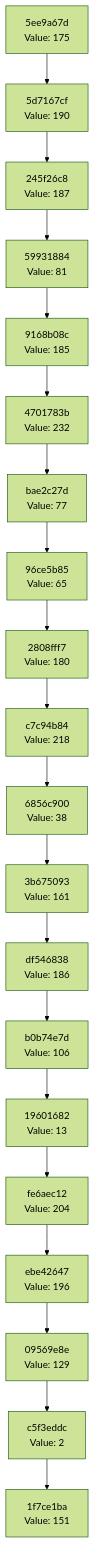
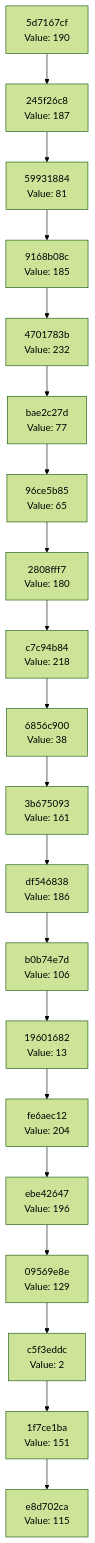
Before and after one commit to Abhisheksinha1506/hash-chain-evolver: the diagram in docs/CHAIN_VISUALIZATION.md, drawn with Mermaid (forest theme). The commit also changed 2 other files, not shown here.

Commit message:
Evolution Step

````diff
--- a/docs/CHAIN_VISUALIZATION.md
+++ b/docs/CHAIN_VISUALIZATION.md
@@ -3,42 +3,42 @@
 ```mermaid
 graph TD
-    C0["1f7ce1ba<br/>Value: 151"]
-    C1["c5f3eddc<br/>Value: 2"]
+    C0["e8d702ca<br/>Value: 115"]
+    C1["1f7ce1ba<br/>Value: 151"]
     C1 --> C0
-    C2["09569e8e<br/>Value: 129"]
+    C2["c5f3eddc<br/>Value: 2"]
     C2 --> C1
-    C3["ebe42647<br/>Value: 196"]
+    C3["09569e8e<br/>Value: 129"]
     C3 --> C2
-    C4["fe6aec12<br/>Value: 204"]
+    C4["ebe42647<br/>Value: 196"]
     C4 --> C3
-    C5["19601682<br/>Value: 13"]
+    C5["fe6aec12<br/>Value: 204"]
     C5 --> C4
-    C6["b0b74e7d<br/>Value: 106"]
+    C6["19601682<br/>Value: 13"]
     C6 --> C5
-    C7["df546838<br/>Value: 186"]
+    C7["b0b74e7d<br/>Value: 106"]
     C7 --> C6
-    C8["3b675093<br/>Value: 161"]
+    C8["df546838<br/>Value: 186"]
     C8 --> C7
-    C9["6856c900<br/>Value: 38"]
+    C9["3b675093<br/>Value: 161"]
     C9 --> C8
-    C10["c7c94b84<br/>Value: 218"]
+    C10["6856c900<br/>Value: 38"]
     C10 --> C9
-    C11["2808fff7<br/>Value: 180"]
+    C11["c7c94b84<br/>Value: 218"]
     C11 --> C10
-    C12["96ce5b85<br/>Value: 65"]
+    C12["2808fff7<br/>Value: 180"]
     C12 --> C11
-    C13["bae2c27d<br/>Value: 77"]
+    C13["96ce5b85<br/>Value: 65"]
     C13 --> C12
-    C14["4701783b<br/>Value: 232"]
+    C14["bae2c27d<br/>Value: 77"]
     C14 --> C13
-    C15["9168b08c<br/>Value: 185"]
+    C15["4701783b<br/>Value: 232"]
     C15 --> C14
-    C16["59931884<br/>Value: 81"]
+    C16["9168b08c<br/>Value: 185"]
     C16 --> C15
-    C17["245f26c8<br/>Value: 187"]
+    C17["59931884<br/>Value: 81"]
     C17 --> C16
-    C18["5d7167cf<br/>Value: 190"]
+    C18["245f26c8<br/>Value: 187"]
     C18 --> C17
-    C19["5ee9a67d<br/>Value: 175"]
+    C19["5d7167cf<br/>Value: 190"]
     C19 --> C18
 ```
````
